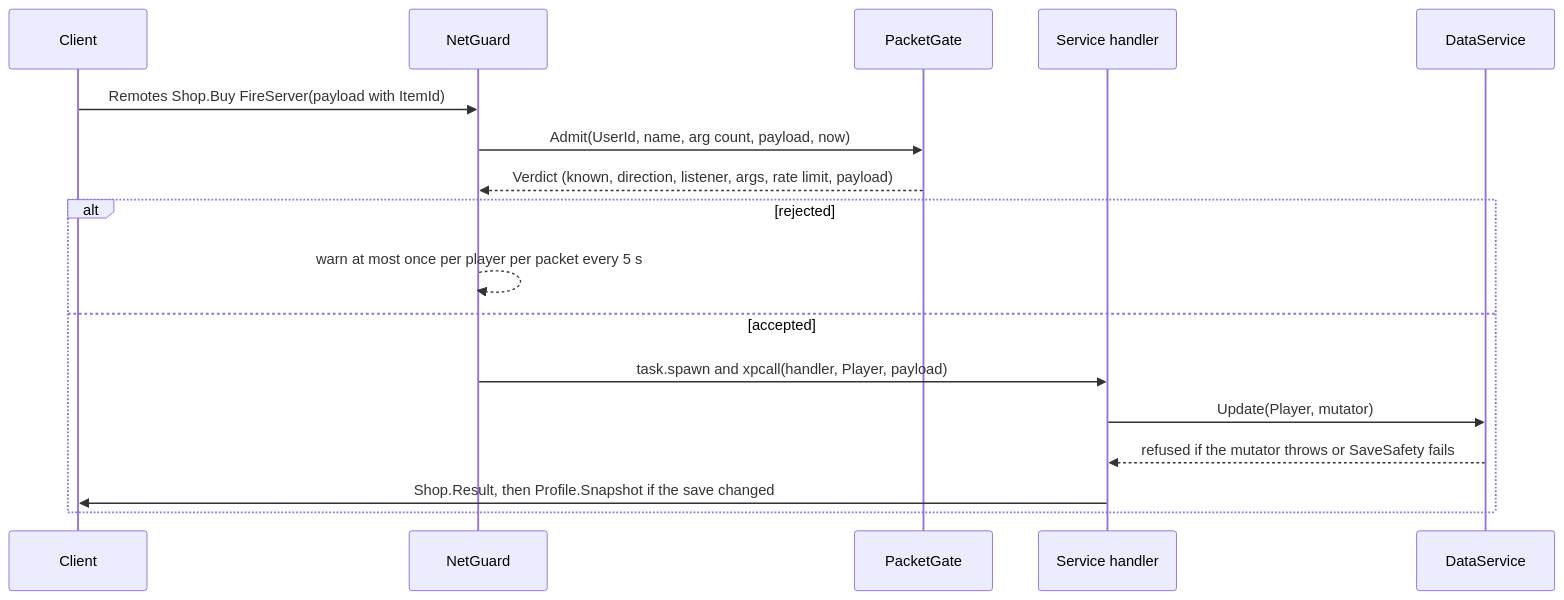
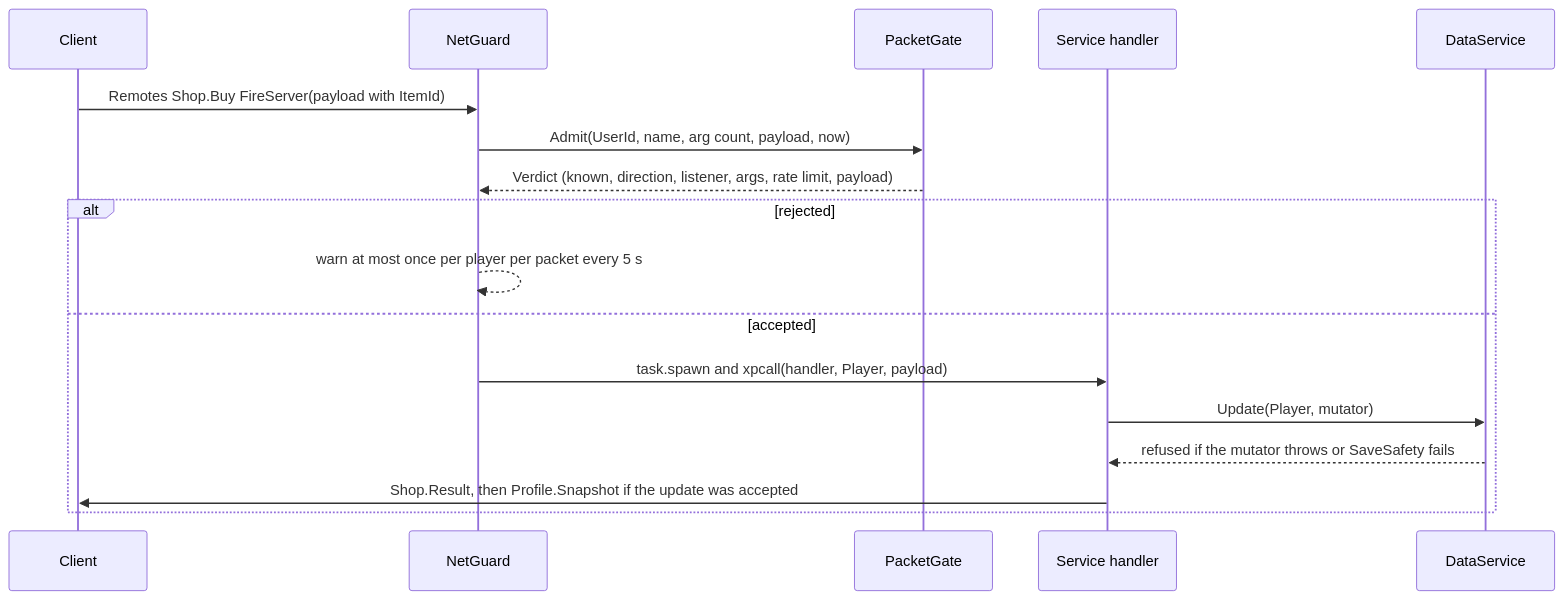
One commit to oshorunke1/outpost changed the fourth of 4 diagrams in ARCHITECTURE.md. Above: the diagram before and after it, drawn with Mermaid. The commit also changed other lines of this file and 1 other file, not shown here.

Commit message:
docs: correct autosave backstop and snapshot wording in architecture and threat model

````diff
--- a/ARCHITECTURE.md
+++ b/ARCHITECTURE.md
@@ -147,19 +147,19 @@
 ```mermaid
 sequenceDiagram
   participant C as Client
   participant NG as NetGuard
   participant PG as PacketGate
   participant H as Service handler
   participant DS as DataService
   C->>NG: Remotes Shop.Buy FireServer(payload with ItemId)
   NG->>PG: Admit(UserId, name, arg count, payload, now)
   PG-->>NG: Verdict (known, direction, listener, args, rate limit, payload)
   alt rejected
     NG-->>NG: warn at most once per player per packet every 5 s
   else accepted
     NG->>H: task.spawn and xpcall(handler, Player, payload)
     H->>DS: Update(Player, mutator)
     DS-->>H: refused if the mutator throws or SaveSafety fails
-    H->>C: Shop.Result, then Profile.Snapshot if the save changed
+    H->>C: Shop.Result, then Profile.Snapshot if the update was accepted
   end
 ```
````
